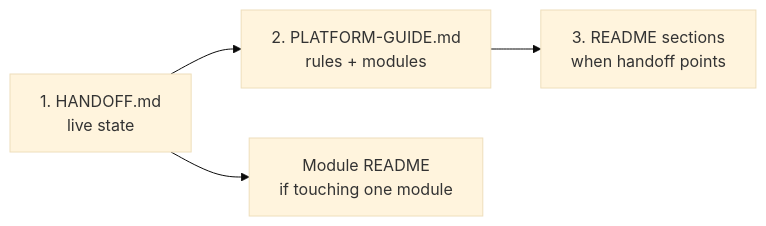
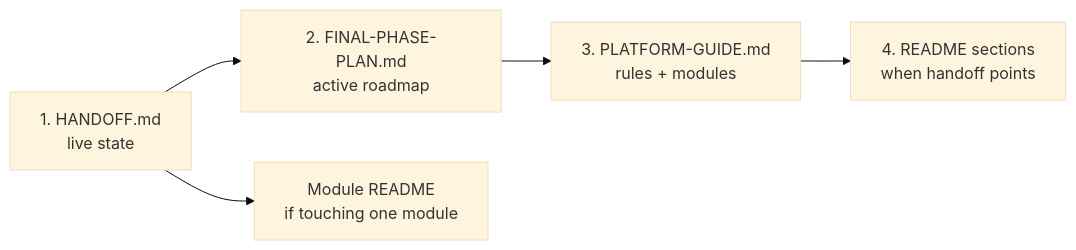
One commit to tech-fresh/the-switch-platform changed the second of 7 diagrams in HANDOFF.md. Above: the diagram before and after it, drawn with Mermaid (base theme). The commit also changed other lines of this file and 57 other files, not shown here.

First line of the commit message:
Complete Final Phase Priority C — shell, focus mode, planner, and recovery.

````diff
--- a/HANDOFF.md
+++ b/HANDOFF.md
@@ -167,6 +174,7 @@
 ```mermaid
 flowchart LR
-  H["1. HANDOFF.md\nlive state"] --> P["2. PLATFORM-GUIDE.md\nrules + modules"]
-  P --> R["3. README sections\nwhen handoff points"]
+  H["1. HANDOFF.md\nlive state"] --> F["2. FINAL-PHASE-PLAN.md\nactive roadmap"]
+  F --> P["3. PLATFORM-GUIDE.md\nrules + modules"]
+  P --> R["4. README sections\nwhen handoff points"]
   H --> M["Module README\nif touching one module"]
 ```
````
